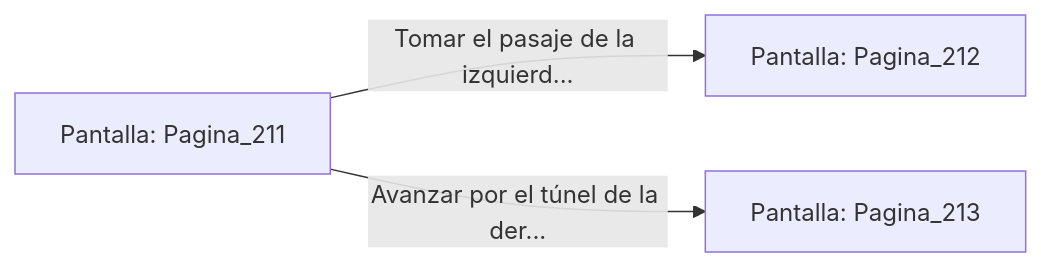
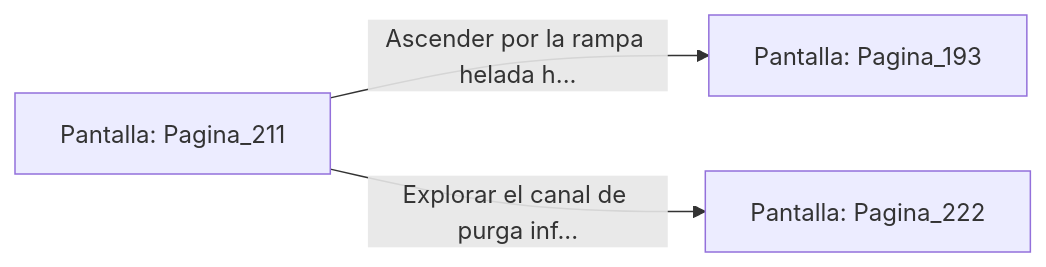
Before and after one commit to metsuke/mpl: the diagram in sample/eligejuego-vault/Pantalla_Pagina_211.md, drawn with Mermaid. The commit also changed other lines of this file and 635 other files, not shown here.

First line of the commit message:
fix: añadir Pagina_1 como pantalla inicial en capitulo_01.mpl

````diff
--- a/sample/eligejuego-vault/Pantalla_Pagina_211.md
+++ b/sample/eligejuego-vault/Pantalla_Pagina_211.md
@@ -20,6 +24,6 @@
 ```mermaid
 graph LR
     P_Pagina_211["Pantalla: Pagina_211"]
-    P_Pagina_211 -->|"Tomar el pasaje de la izquierd..."| P_Pagina_212["Pantalla: Pagina_212"]
-    P_Pagina_211 -->|"Avanzar por el túnel de la der..."| P_Pagina_213["Pantalla: Pagina_213"]
+    P_Pagina_211 -->|"Ascender por la rampa helada h..."| P_Pagina_193["Pantalla: Pagina_193"]
+    P_Pagina_211 -->|"Explorar el canal de purga inf..."| P_Pagina_222["Pantalla: Pagina_222"]
 ```
````
